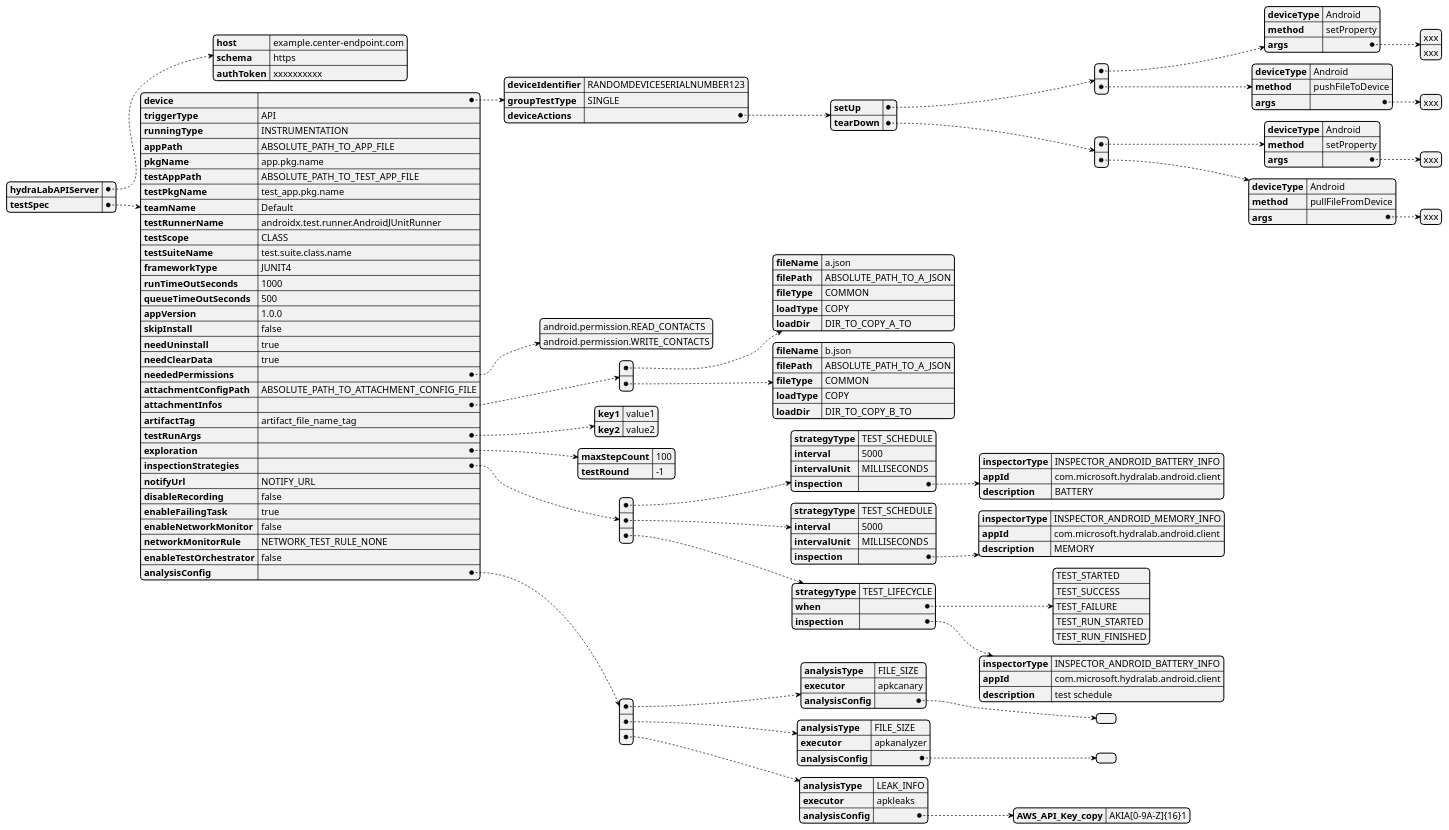
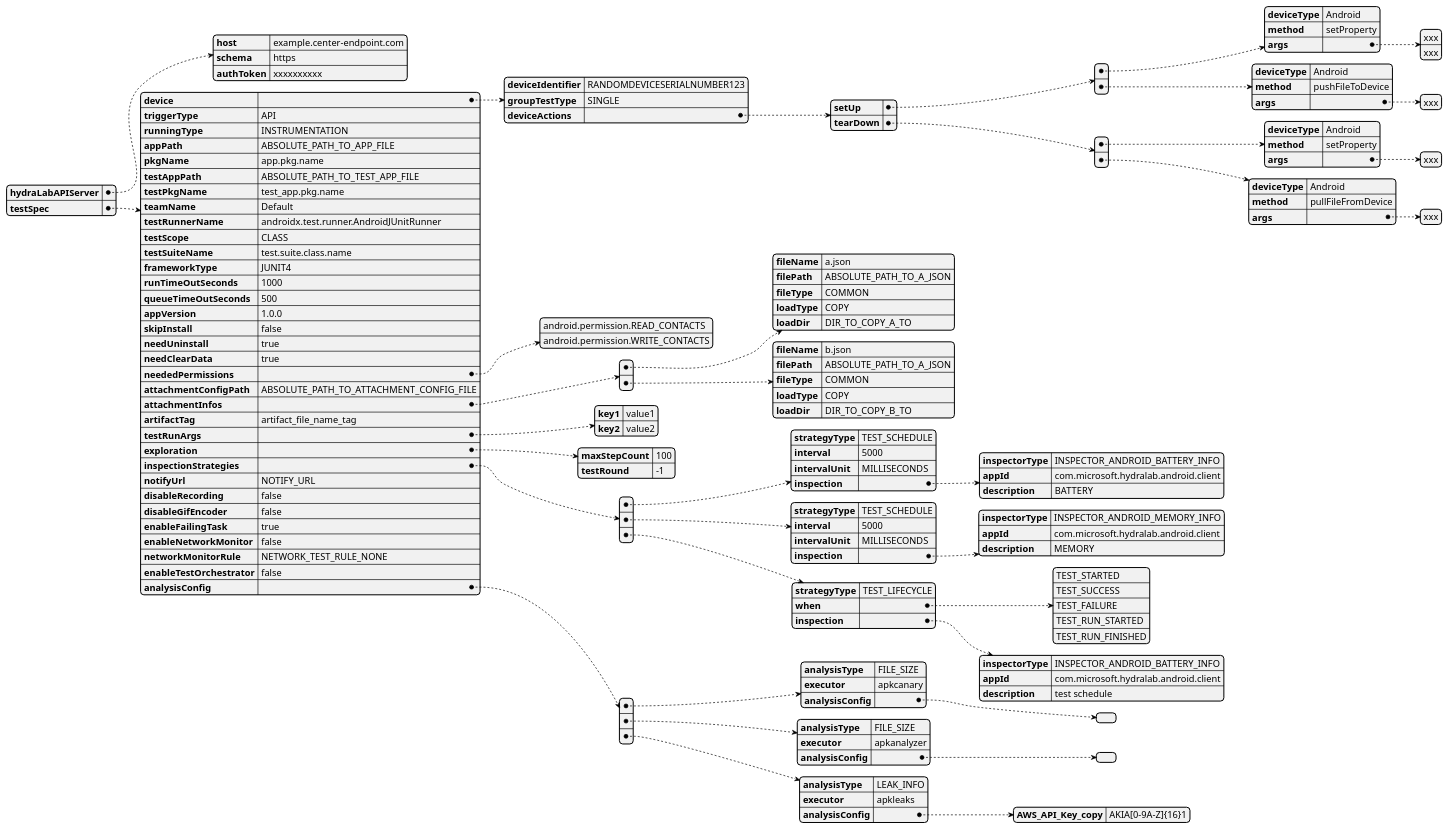
Before and after one commit to microsoft/HydraLab: the diagram in gradle_plugin/doc/UML/gradle_plugin_yaml_config_design.puml, drawn with PlantUML. The commit also changed 19 other files, not shown here.

Commit message:
added test spec to optionally enable gif encoder

```diff
--- a/gradle_plugin/doc/UML/gradle_plugin_yaml_config_design.puml
+++ b/gradle_plugin/doc/UML/gradle_plugin_yaml_config_design.puml
@@ -1,113 +1,114 @@
 @startyaml
 hydraLabAPIServer:
     host: example.center-endpoint.com
     schema: https
     authToken: xxxxxxxxxx
 testSpec:
     device:
         deviceIdentifier: RANDOMDEVICESERIALNUMBER123
         groupTestType: SINGLE
         deviceActions:
             setUp:
             - deviceType: Android
               method: setProperty
               args:
                 - xxx
                 - xxx
             - deviceType: Android
               method: pushFileToDevice
               args:
                 - xxx
             tearDown:
             - deviceType: Android
               method: setProperty
               args:
               - xxx
             - deviceType: Android
               method: pullFileFromDevice
               args:
               - xxx
     triggerType: API
     runningType: INSTRUMENTATION
     appPath: ABSOLUTE_PATH_TO_APP_FILE
     pkgName: app.pkg.name
     testAppPath: ABSOLUTE_PATH_TO_TEST_APP_FILE
     testPkgName: test_app.pkg.name
     teamName: Default
     testRunnerName: androidx.test.runner.AndroidJUnitRunner
     testScope: CLASS
     testSuiteName: test.suite.class.name
     frameworkType: JUNIT4
     runTimeOutSeconds: 1000
     queueTimeOutSeconds: 500
     appVersion: 1.0.0
     skipInstall: false
     needUninstall: true
     needClearData: true
     neededPermissions:
         - android.permission.READ_CONTACTS
         - android.permission.WRITE_CONTACTS
     attachmentConfigPath: ABSOLUTE_PATH_TO_ATTACHMENT_CONFIG_FILE
     attachmentInfos:
     - fileName: a.json
       filePath: ABSOLUTE_PATH_TO_A_JSON
       fileType: COMMON
       loadType: COPY
       loadDir: DIR_TO_COPY_A_TO
     - fileName: b.json
       filePath: ABSOLUTE_PATH_TO_A_JSON
       fileType: COMMON
       loadType: COPY
       loadDir: DIR_TO_COPY_B_TO
     artifactTag: artifact_file_name_tag
     testRunArgs:
         key1: value1
         key2: value2
     exploration:
         maxStepCount: 100
         testRound: -1
     inspectionStrategies:
     - strategyType: TEST_SCHEDULE
       interval: 5000
       intervalUnit: MILLISECONDS
       inspection:
         inspectorType: INSPECTOR_ANDROID_BATTERY_INFO
         appId: com.microsoft.hydralab.android.client
         description: BATTERY
     - strategyType: TEST_SCHEDULE
       interval: 5000
       intervalUnit: MILLISECONDS
       inspection:
         inspectorType: INSPECTOR_ANDROID_MEMORY_INFO
         appId: com.microsoft.hydralab.android.client
         description: MEMORY
     - strategyType: TEST_LIFECYCLE
       when:
         - TEST_STARTED
         - TEST_SUCCESS
         - TEST_FAILURE
         - TEST_RUN_STARTED
         - TEST_RUN_FINISHED
       inspection:
         inspectorType: INSPECTOR_ANDROID_BATTERY_INFO
         appId: com.microsoft.hydralab.android.client
         description: test schedule
     notifyUrl: NOTIFY_URL
     disableRecording: false
+    disableGifEncoder: false
     enableFailingTask: true
     enableNetworkMonitor: false
     networkMonitorRule: NETWORK_TEST_RULE_NONE
     enableTestOrchestrator: false
     analysisConfig:
     - analysisType: FILE_SIZE
       executor: apkcanary
       analysisConfig:
     - analysisType: FILE_SIZE
       executor: apkanalyzer
       analysisConfig:
     - analysisType: LEAK_INFO
       executor: apkleaks
       analysisConfig:
         AWS_API_Key_copy: AKIA[0-9A-Z]{16}1
 
 @endyaml
```
